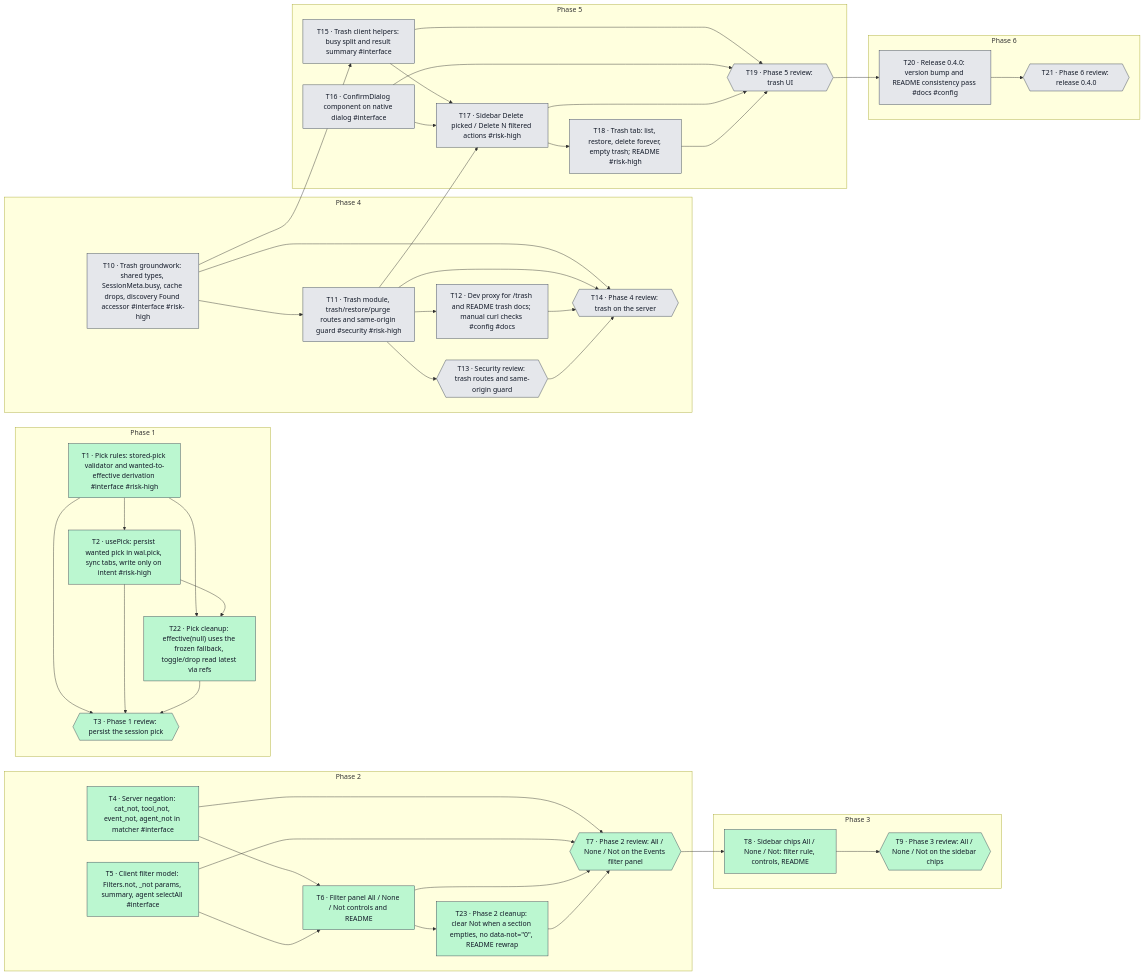
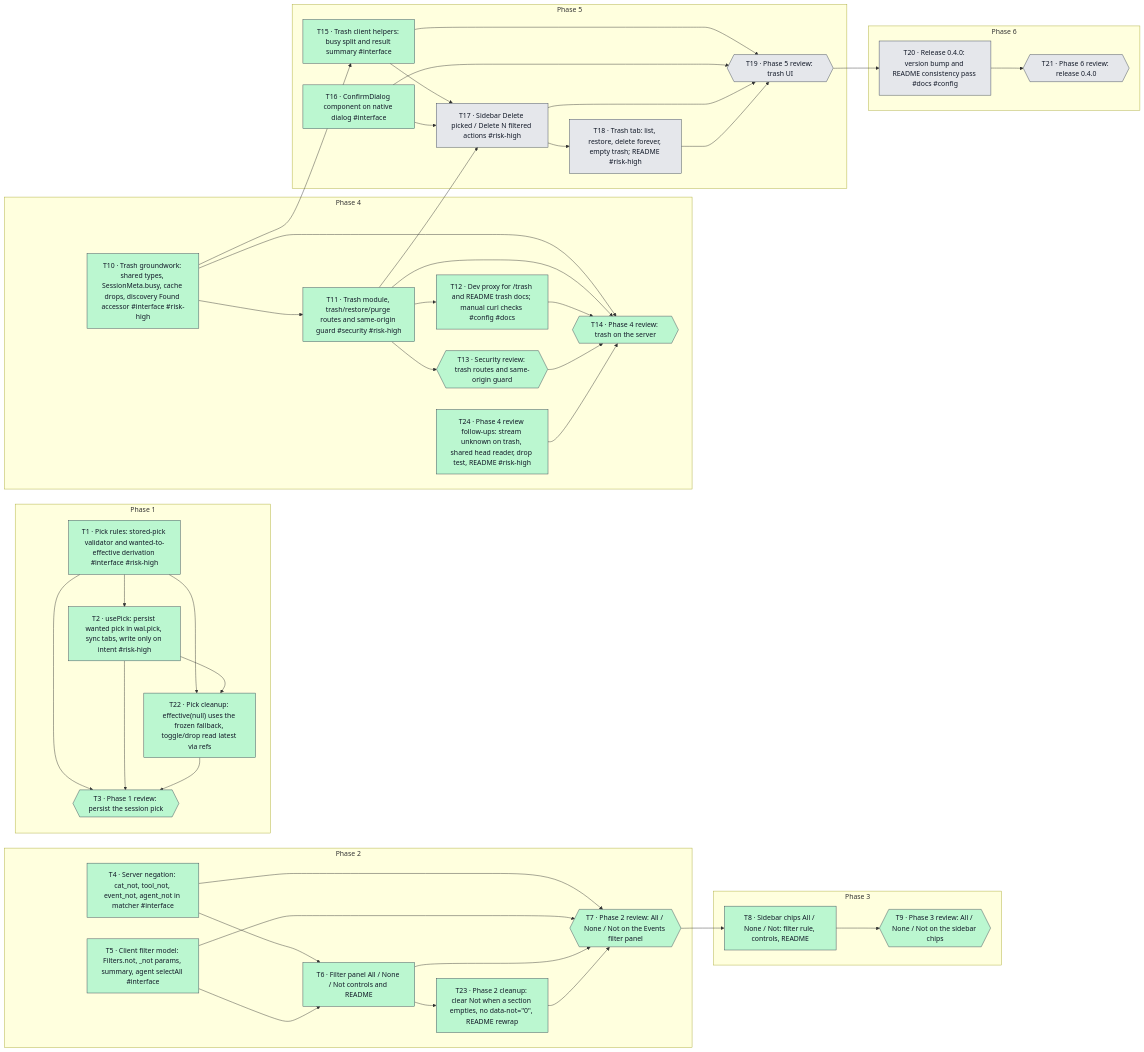
Before and after one commit to raqs31/claude-wal-session-viewer: the diagram in .ai/changes/wal-observer-pick-persist-trash-filter-negation/graph.mmd, drawn with Mermaid. The commit also changed 24 other files, not shown here.

```diff
--- a/.ai/changes/wal-observer-pick-persist-trash-filter-negation/graph.mmd
+++ b/.ai/changes/wal-observer-pick-persist-trash-filter-negation/graph.mmd
@@ -1,99 +1,102 @@
 flowchart LR
   classDef todo fill:#e5e7eb,stroke:#374151,color:#111827
   classDef in_progress fill:#bfdbfe,stroke:#374151,color:#111827
   classDef review fill:#ddd6fe,stroke:#374151,color:#111827
   classDef blocked fill:#fecaca,stroke:#374151,color:#111827
   classDef user_review fill:#fde68a,stroke:#374151,color:#111827
   classDef done fill:#bbf7d0,stroke:#374151,color:#111827
   classDef declined fill:#f3f4f6,stroke:#374151,color:#111827
   subgraph phase_1["Phase 1"]
     T1["T1 · Pick rules: stored-pick validator and wanted-to-effective derivation #interface #risk-high"]
     T2["T2 · usePick: persist wanted pick in wal.pick, sync tabs, write only on intent #risk-high"]
     T3{{"T3 · Phase 1 review: persist the session pick"}}
     T22["T22 · Pick cleanup: effective(null) uses the frozen fallback, toggle/drop read latest via refs"]
   end
   subgraph phase_2["Phase 2"]
     T4["T4 · Server negation: cat_not, tool_not, event_not, agent_not in matcher #interface"]
     T5["T5 · Client filter model: Filters.not, _not params, summary, agent selectAll #interface"]
     T6["T6 · Filter panel All / None / Not controls and README"]
     T7{{"T7 · Phase 2 review: All / None / Not on the Events filter panel"}}
     T23["T23 · Phase 2 cleanup: clear Not when a section empties, no data-not=#quot;0#quot;, README rewrap"]
   end
   subgraph phase_3["Phase 3"]
     T8["T8 · Sidebar chips All / None / Not: filter rule, controls, README"]
     T9{{"T9 · Phase 3 review: All / None / Not on the sidebar chips"}}
   end
   subgraph phase_4["Phase 4"]
     T10["T10 · Trash groundwork: shared types, SessionMeta.busy, cache drops, discovery Found accessor #interface #risk-high"]
     T11["T11 · Trash module, trash/restore/purge routes and same-origin guard #security #risk-high"]
     T12["T12 · Dev proxy for /trash and README trash docs; manual curl checks #config #docs"]
     T13{{"T13 · Security review: trash routes and same-origin guard"}}
     T14{{"T14 · Phase 4 review: trash on the server"}}
+    T24["T24 · Phase 4 review follow-ups: stream unknown on trash, shared head reader, drop test, README #risk-high"]
   end
   subgraph phase_5["Phase 5"]
     T15["T15 · Trash client helpers: busy split and result summary #interface"]
     T16["T16 · ConfirmDialog component on native dialog #interface"]
     T17["T17 · Sidebar Delete picked / Delete N filtered actions #risk-high"]
     T18["T18 · Trash tab: list, restore, delete forever, empty trash; README #risk-high"]
     T19{{"T19 · Phase 5 review: trash UI"}}
   end
   subgraph phase_6["Phase 6"]
     T20["T20 · Release 0.4.0: version bump and README consistency pass #docs #config"]
     T21{{"T21 · Phase 6 review: release 0.4.0"}}
   end
   T1 --> T2
   T1 --> T3
   T1 --> T22
   T2 --> T3
   T2 --> T22
   T4 --> T6
   T4 --> T7
   T5 --> T6
   T5 --> T7
   T6 --> T7
   T6 --> T23
   T7 --> T8
   T8 --> T9
   T10 --> T11
   T10 --> T14
   T10 --> T15
   T11 --> T12
   T11 --> T13
   T11 --> T14
   T11 --> T17
   T12 --> T14
   T13 --> T14
   T15 --> T17
   T15 --> T19
   T16 --> T17
   T16 --> T19
   T17 --> T18
   T17 --> T19
   T18 --> T19
   T19 --> T20
   T20 --> T21
   T22 --> T3
   T23 --> T7
+  T24 --> T14
   class T1 done
   class T2 done
   class T3 done
   class T4 done
   class T5 done
   class T6 done
   class T7 done
   class T8 done
   class T9 done
-  class T10 todo
-  class T11 todo
-  class T12 todo
-  class T13 todo
-  class T14 todo
-  class T15 todo
-  class T16 todo
+  class T10 done
+  class T11 done
+  class T12 done
+  class T13 done
+  class T14 done
+  class T15 done
+  class T16 done
   class T17 todo
   class T18 todo
   class T19 todo
   class T20 todo
   class T21 todo
   class T22 done
   class T23 done
+  class T24 done
```
